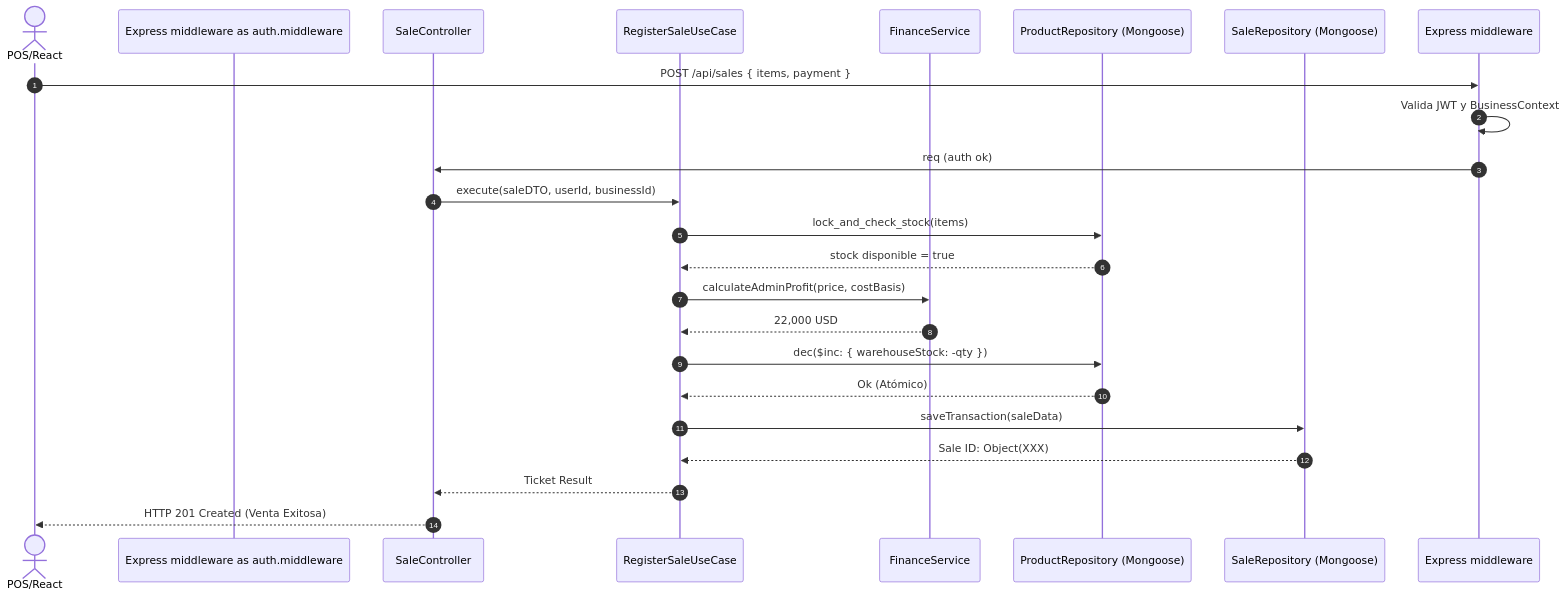
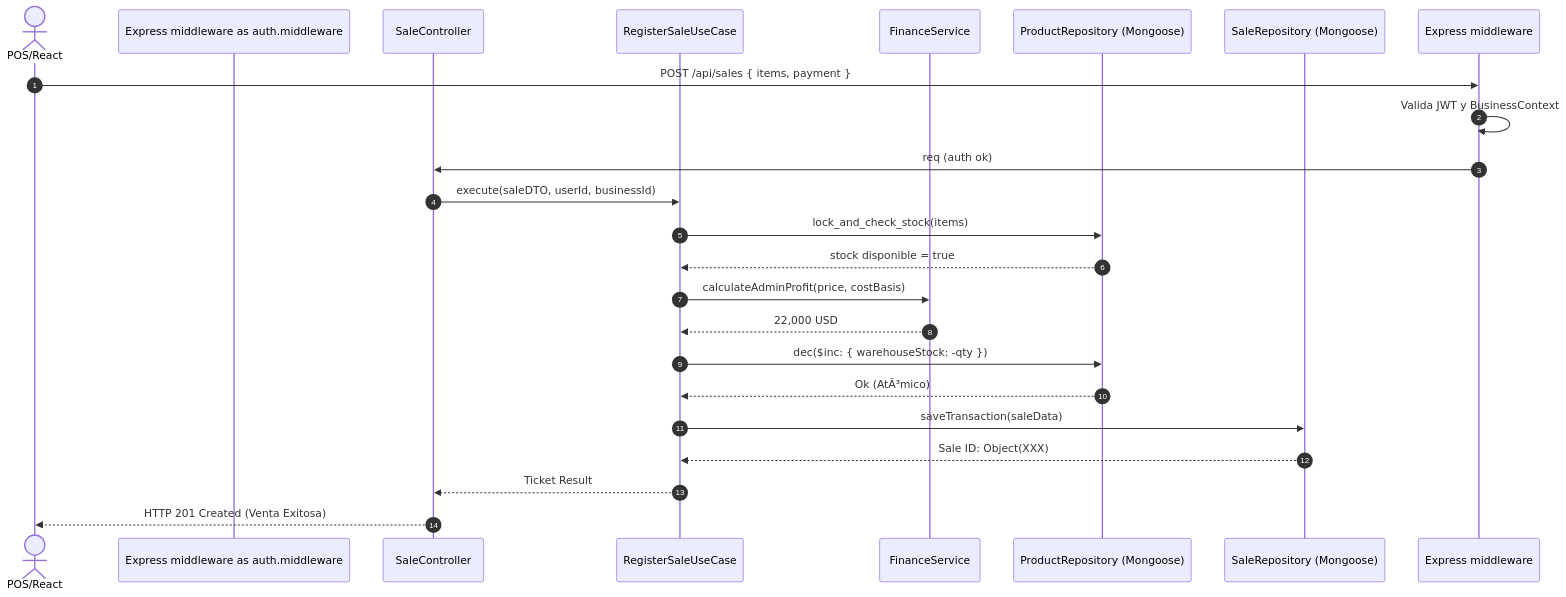
Before and after one commit to Thesergioandres/essence-landing-page: the second of 4 diagrams in docs/DOCUMENTACION_UNIFICADA_ESSENCE.md, drawn with Mermaid. The commit also changed other lines of this file and 397 other files, not shown here.

````diff
--- a/docs/DOCUMENTACION_UNIFICADA_ESSENCE.md
+++ b/docs/DOCUMENTACION_UNIFICADA_ESSENCE.md
@@ -2249,32 +2249,32 @@
 ```mermaid
 sequenceDiagram
     autonumber
     actor ClienteFrontend as POS/React
     participant Express middleware as auth.middleware
     participant Controller as SaleController
     participant UseCase as RegisterSaleUseCase
     participant Finance as FinanceService
     participant DBProduct as ProductRepository (Mongoose)
     participant DBSale as SaleRepository (Mongoose)
 
     ClienteFrontend->>Express middleware: POST /api/sales { items, payment }
     Express middleware->>Express middleware: Valida JWT y BusinessContext
     Express middleware->>Controller: req (auth ok)
     
     Controller->>UseCase: execute(saleDTO, userId, businessId)
     
     UseCase->>DBProduct: lock_and_check_stock(items)
     DBProduct-->>UseCase: stock disponible = true
     
     UseCase->>Finance: calculateAdminProfit(price, costBasis)
     Finance-->>UseCase: 22,000 USD
     
     UseCase->>DBProduct: dec($inc: { warehouseStock: -qty })
-    DBProduct-->>UseCase: Ok (Atómico)
+    DBProduct-->>UseCase: Ok (AtÃ³mico)
     
     UseCase->>DBSale: saveTransaction(saleData)
     DBSale-->>UseCase: Sale ID: Object(XXX)
     
     UseCase-->>Controller: Ticket Result
     Controller-->>ClienteFrontend: HTTP 201 Created (Venta Exitosa)
 ```
````
